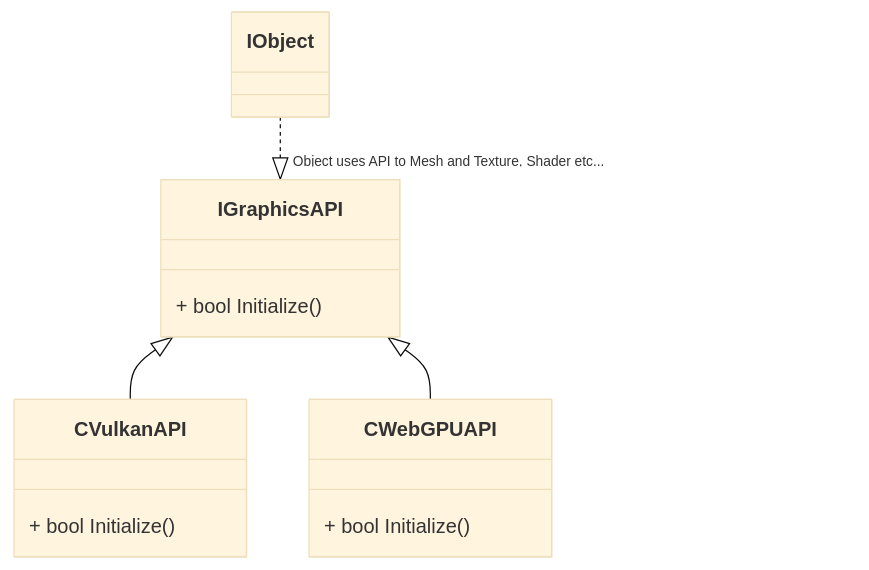
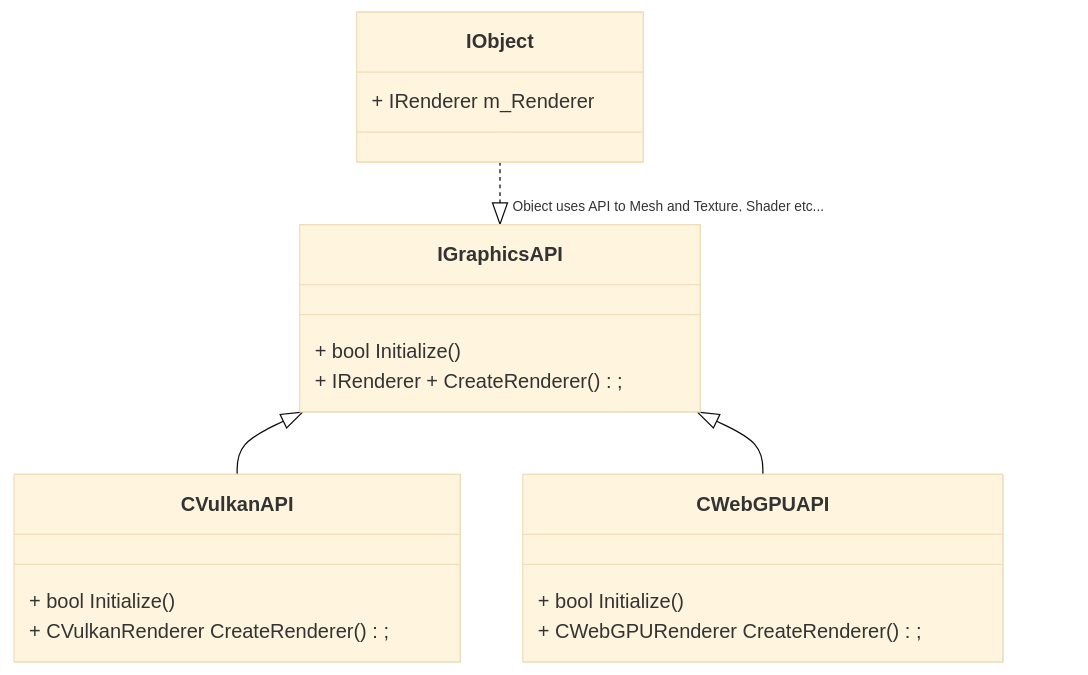
Before and after one commit to HaruoOgawa/Garnet: the diagram in Garnet/UML/GraphicsStructure.md, drawn with Mermaid (base theme).

````diff
--- a/Garnet/UML/GraphicsStructure.md
+++ b/Garnet/UML/GraphicsStructure.md
@@ -1,25 +1,28 @@
 ```mermaid
 classDiagram
   class IObject{
-  
+    + IRenderer m_Renderer
   }
 
   class IGraphicsAPI{
     + bool Initialize()
+    + IRenderer + CreateRenderer();
   }
   
   IObject ..|> "Object uses API to Mesh and Texture, Shader etc..." IGraphicsAPI
 
   class CVulkanAPI{
     + bool Initialize()
+    + CVulkanRenderer CreateRenderer();
   }
   
   IGraphicsAPI <|-- CVulkanAPI
   
   class CWebGPUAPI{
     + bool Initialize()
+    + CWebGPURenderer CreateRenderer();
   }
   
   IGraphicsAPI <|-- CWebGPUAPI
 
 ```
````
